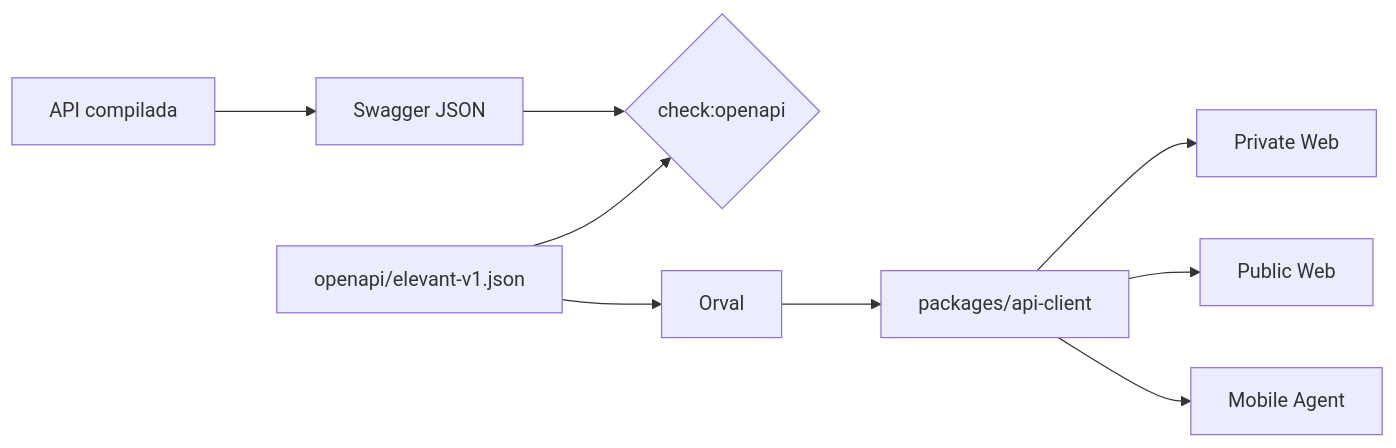
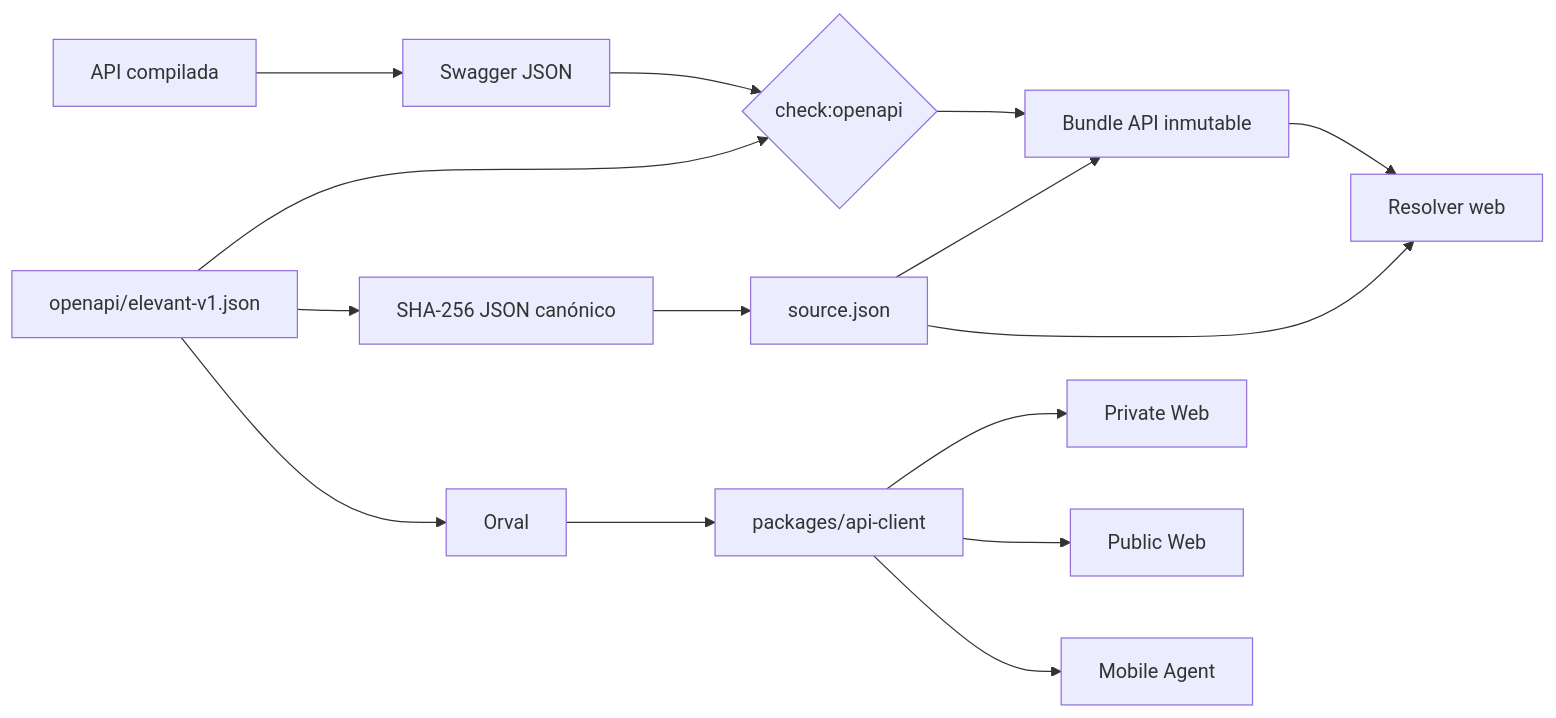
One commit to ErickEduardo027/ELEVANT changed the diagram in Vault/06-desarrollo/openapi-y-cliente-compartido.md. Above: the diagram before and after it, drawn with Mermaid. The commit also changed other lines of this file and 4 other files, not shown here.

````diff
--- a/Vault/06-desarrollo/openapi-y-cliente-compartido.md
+++ b/Vault/06-desarrollo/openapi-y-cliente-compartido.md
@@ -39,11 +49,17 @@
 ```mermaid
 flowchart LR
     Code[API compilada] --> Swagger[Swagger JSON]
     Swagger --> Compare{check:openapi}
     Snapshot[openapi/elevant-v1.json] --> Compare
+    Snapshot --> Hash[SHA-256 JSON canónico]
+    Hash --> Descriptor[source.json]
+    Compare --> Bundle[Bundle API inmutable]
+    Descriptor --> Bundle
     Snapshot --> Orval[Orval]
     Orval --> Shared[packages/api-client]
+    Bundle --> Resolver[Resolver web]
+    Descriptor --> Resolver
     Shared --> Private[Private Web]
     Shared --> Public[Public Web]
     Shared --> Mobile[Mobile Agent]
 ```
````
